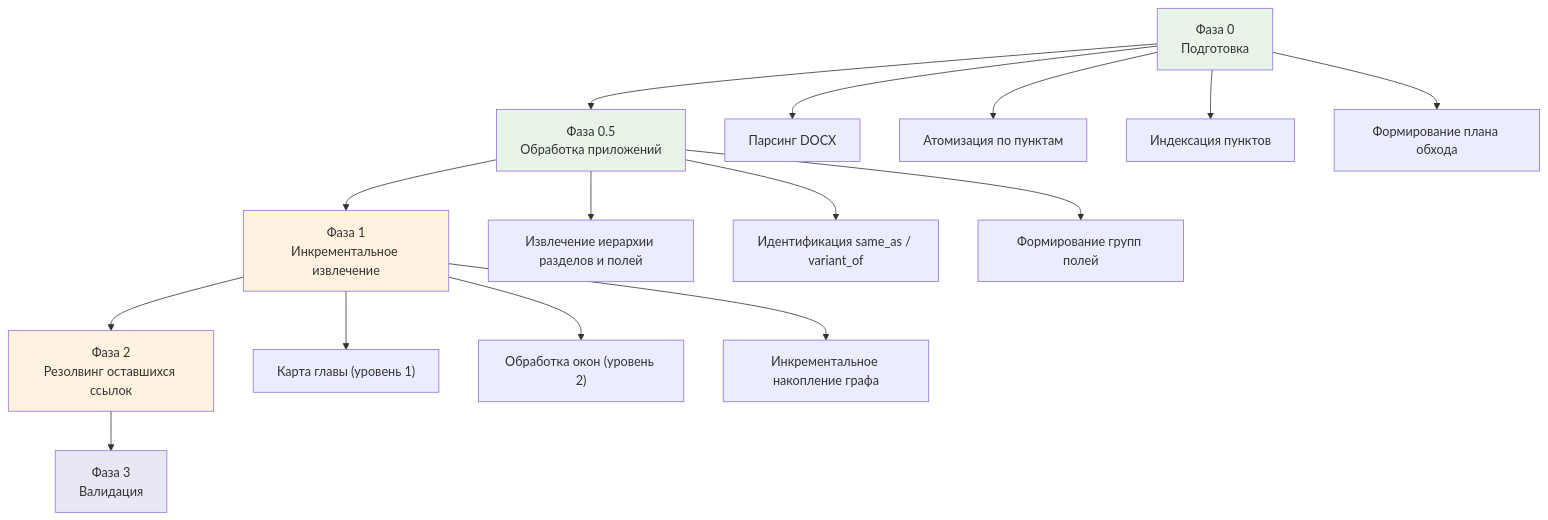
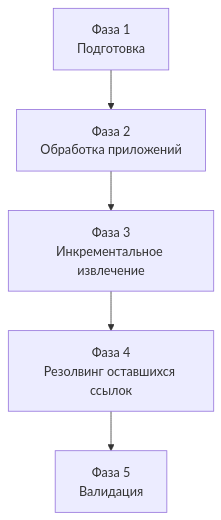
Before and after one commit to Dieugene/graph-parsing-706: the third of 4 diagrams in 00_docs/specs/task_specification.md, drawn with Mermaid. The commit also changed other lines of this file and 1 other file, not shown here.

````diff
--- a/00_docs/specs/task_specification.md
+++ b/00_docs/specs/task_specification.md
@@ -229,26 +218,7 @@
 ```mermaid
 flowchart TD
-    A["Фаза 0\nПодготовка"] --> B["Фаза 0.5\nОбработка приложений"]
-    B --> C["Фаза 1\nИнкрементальное извлечение"]
-    C --> D["Фаза 2\nРезолвинг оставшихся ссылок"]
-    D --> E["Фаза 3\nВалидация"]
-
-    A --> A1["Парсинг DOCX"]
-    A --> A2["Атомизация по пунктам"]
-    A --> A3["Индексация пунктов"]
-    A --> A4["Формирование плана обхода"]
-
-    B --> B1["Извлечение иерархии разделов и полей"]
-    B --> B2["Идентификация same_as / variant_of"]
-    B --> B3["Формирование групп полей"]
-
-    C --> C1["Карта главы (уровень 1)"]
-    C --> C2["Обработка окон (уровень 2)"]
-    C --> C3["Инкрементальное накопление графа"]
-
-    style A fill:#e8f4e8
-    style B fill:#e8f4e8
-    style C fill:#fff3e0
-    style D fill:#fff3e0
-    style E fill:#e8e8f4
+    F1["Фаза 1\nПодготовка"] --> F2["Фаза 2\nОбработка приложений"]
+    F2 --> F3["Фаза 3\nИнкрементальное извлечение"]
+    F3 --> F4["Фаза 4\nРезолвинг оставшихся ссылок"]
+    F4 --> F5["Фаза 5\nВалидация"]
 ```
````
